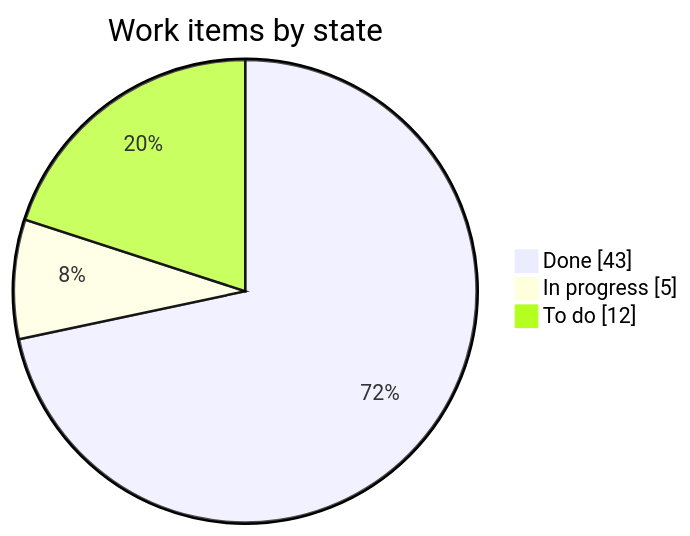
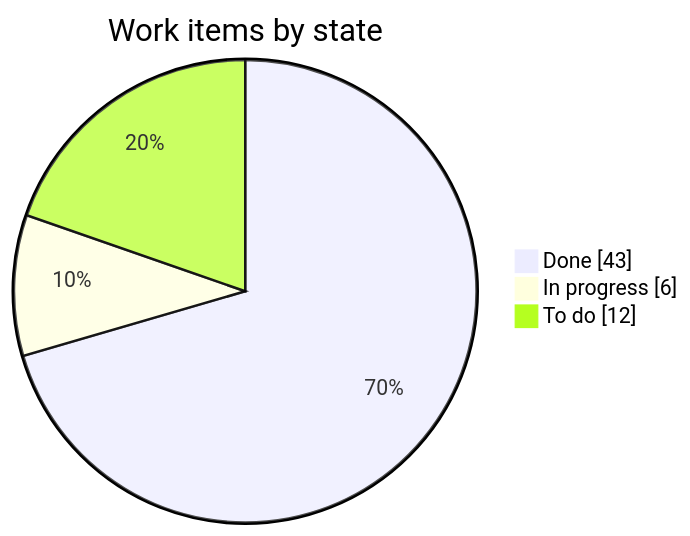
The first of 2 diagrams in STATUS.md (LoMagnette/ghost-light), drawn with Mermaid before and after one commit. The commit also changed other lines of this file and 5 other files, not shown here.

````diff
--- a/STATUS.md
+++ b/STATUS.md
@@ -31,7 +31,7 @@
 ```mermaid
 pie showData
     title Work items by state
     "Done" : 43
-    "In progress" : 5
+    "In progress" : 6
     "To do" : 12
 ```
````
